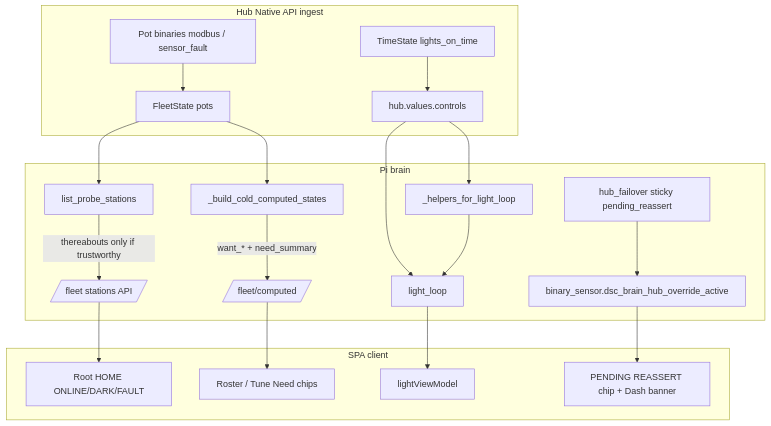
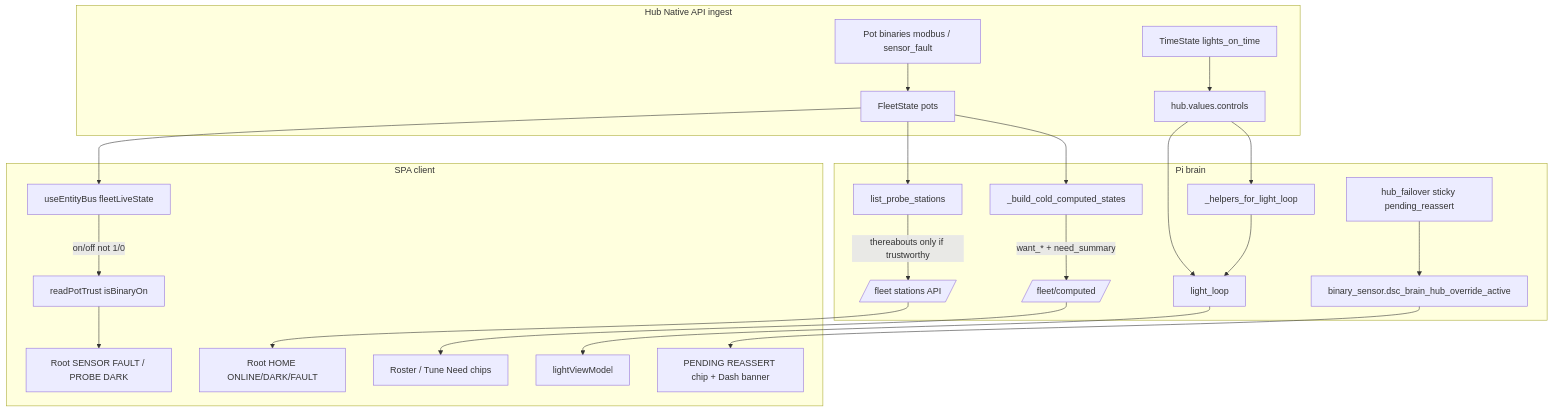
Before and after one commit to weddas/DSC-HUB: the diagram in docs/brain/HONESTY.md, drawn with Mermaid. The commit also changed other lines of this file and 4 other files, not shown here.

First line of the commit message:
docs: Root trust binary bus on/off (tip cc288d7)

````diff
--- a/docs/brain/HONESTY.md
+++ b/docs/brain/HONESTY.md
@@ -19,25 +19,28 @@
 ```mermaid
 flowchart TB
   subgraph ingest [Hub Native API ingest]
     timeOid[TimeState lights_on_time]
     potBins[Pot binaries modbus / sensor_fault]
     timeOid --> controls[hub.values.controls]
     potBins --> fleet[FleetState pots]
   end
   subgraph brain [Pi brain]
     controls --> lightLoop[light_loop]
     controls --> helpers[_helpers_for_light_loop]
     helpers --> lightLoop
     fleet --> stations[list_probe_stations]
     fleet --> cold[_build_cold_computed_states]
     stations -->|thereabouts only if trustworthy| api[/fleet stations API/]
     cold -->|want_* + need_summary| computed[/fleet/computed/]
     failover[hub_failover sticky pending_reassert] --> overrideBin[binary_sensor.dsc_brain_hub_override_active]
   end
   subgraph spa [SPA client]
+    fleet --> bus[useEntityBus fleetLiveState]
+    bus -->|on/off not 1/0| trust[readPotTrust isBinaryOn]
+    trust --> rootCards[Root SENSOR FAULT / PROBE DARK]
     api --> root[Root HOME ONLINE/DARK/FAULT]
     computed --> roster[Roster / Tune Need chips]
     lightLoop --> lightVM[lightViewModel]
     overrideBin --> hubLink[PENDING REASSERT chip + Dash banner]
   end
 ```
````
